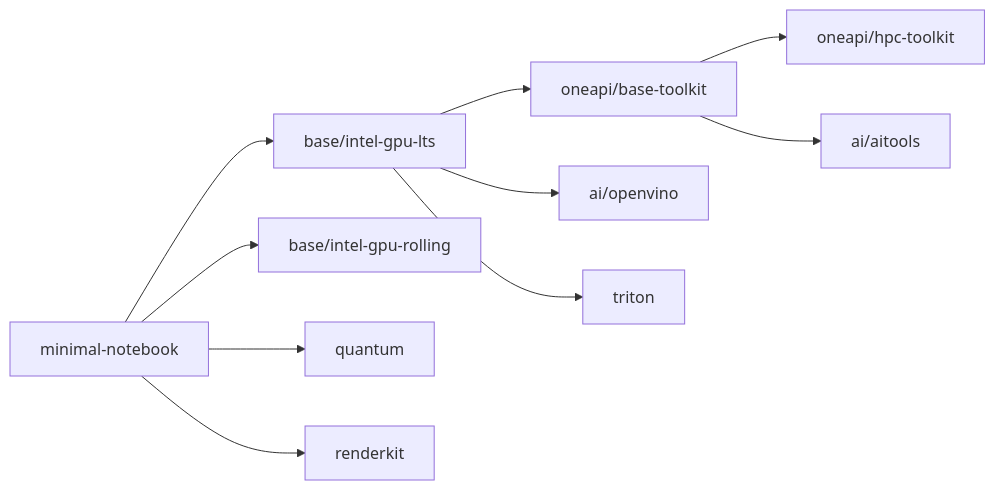
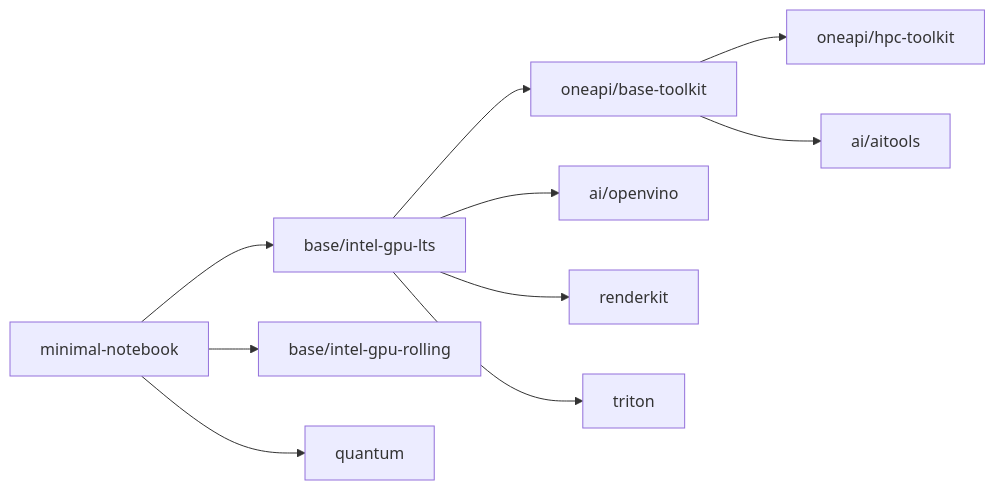
The first of 2 diagrams in Readme.md (stevenfollis/intel-containers), drawn with Mermaid before and after one commit. The commit also changed other lines of this file and 1 other file, not shown here.

Commit message:
Updated chart for renderkit base image

````diff
--- a/Readme.md
+++ b/Readme.md
@@ -26,22 +26,22 @@
 ```mermaid
 graph LR;
     0[minimal-notebook]
     1[base/intel-gpu-lts]
     2[base/intel-gpu-rolling]
     3[oneapi/base-toolkit]
     4[oneapi/hpc-toolkit]
     5[ai/aitools]
     6[ai/openvino]
     7[quantum]
     8[renderkit]
     9[triton]
     0 --> 1
     0 --> 2
     1 --> 3
     3 --> 4
     3 --> 5
     1 --> 6
     0 --> 7
-    0 --> 8
+    1 --> 8
     1 --> 9
 ```
````
